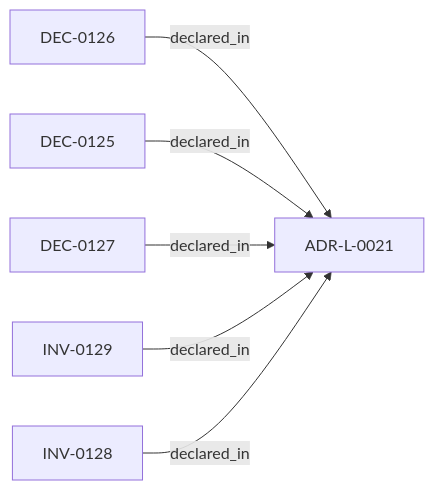
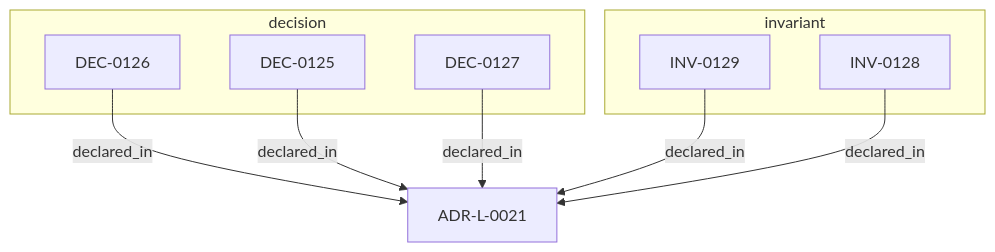
One commit to egallmann/adr-architecture-kit changed the diagram in adrs/adr-projection/logical/ADR-L-0021-family-first-schema-contract-taxonomy.md. Above: the diagram before and after it, drawn with Mermaid. The commit also changed other lines of this file and 177 other files, not shown here.

````diff
--- a/adrs/adr-projection/logical/ADR-L-0021-family-first-schema-contract-taxonomy.md
+++ b/adrs/adr-projection/logical/ADR-L-0021-family-first-schema-contract-taxonomy.md
@@ -34,14 +53,18 @@
 ```mermaid
-flowchart LR
+flowchart TB
   n_01a00626_c5cd_7064_8a74_e54d0179e4b9["ADR-L-0021"]
-  n_01a00627_97d8_7280_81f3_e22a264bc7c3["DEC-0126"]
-  n_01a00627_97d8_73c0_8ef4_f0e87ad8c19b["DEC-0125"]
-  n_01a00627_97d8_7528_9748_aaa7df6c2fe2["DEC-0127"]
-  n_01a00627_97d8_76cd_853b_3e17275c4b76["INV-0129"]
-  n_01a00627_97d8_7e92_a0ca_e572a89fef75["INV-0128"]
+  subgraph sg_decision["decision"]
+    n_01a00627_97d8_73c0_8ef4_f0e87ad8c19b["DEC-0125"]
+    n_01a00627_97d8_7280_81f3_e22a264bc7c3["DEC-0126"]
+    n_01a00627_97d8_7528_9748_aaa7df6c2fe2["DEC-0127"]
+  end
+  subgraph sg_invariant["invariant"]
+    n_01a00627_97d8_7e92_a0ca_e572a89fef75["INV-0128"]
+    n_01a00627_97d8_76cd_853b_3e17275c4b76["INV-0129"]
+  end
   n_01a00627_97d8_7280_81f3_e22a264bc7c3 -->|"declared_in"| n_01a00626_c5cd_7064_8a74_e54d0179e4b9
   n_01a00627_97d8_73c0_8ef4_f0e87ad8c19b -->|"declared_in"| n_01a00626_c5cd_7064_8a74_e54d0179e4b9
   n_01a00627_97d8_7528_9748_aaa7df6c2fe2 -->|"declared_in"| n_01a00626_c5cd_7064_8a74_e54d0179e4b9
   n_01a00627_97d8_76cd_853b_3e17275c4b76 -->|"declared_in"| n_01a00626_c5cd_7064_8a74_e54d0179e4b9
   n_01a00627_97d8_7e92_a0ca_e572a89fef75 -->|"declared_in"| n_01a00626_c5cd_7064_8a74_e54d0179e4b9
 ```
````
